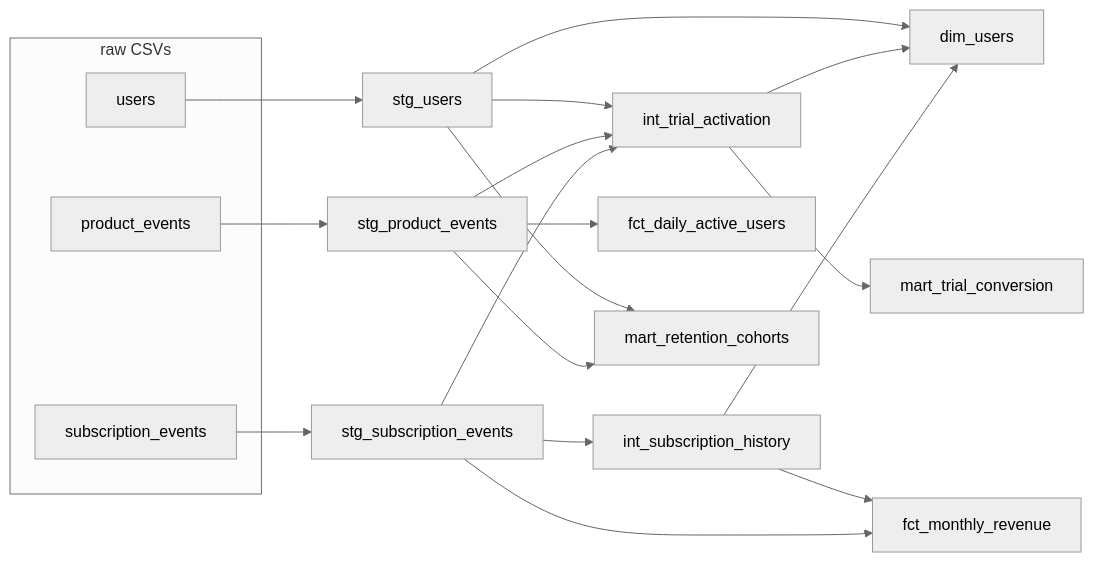
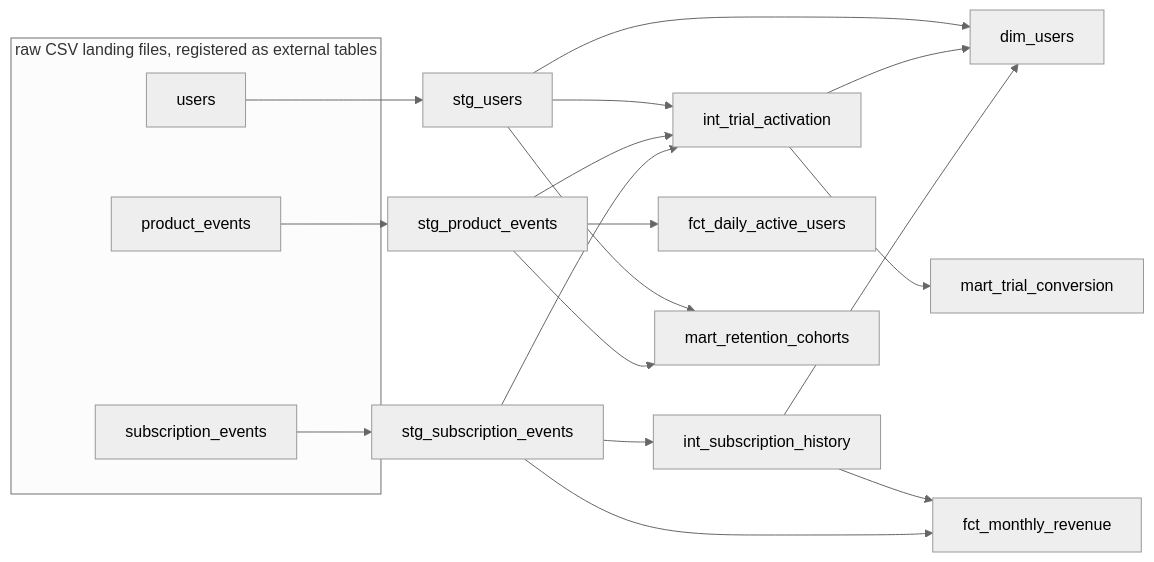
The diagram in README.md (Jayjc29/subscription-analytics-dbt), drawn with Mermaid (neutral theme) before and after one commit. The commit also changed other lines of this file and 10 other files, not shown here.

````diff
--- a/README.md
+++ b/README.md
@@ -13,24 +14,24 @@
 ```mermaid
 flowchart LR
-    subgraph raw [raw CSVs]
+    subgraph raw [raw CSV landing files, registered as external tables]
         u[users]
         s[subscription_events]
         p[product_events]
     end
     u --> stg_users
     s --> stg_subscription_events
     p --> stg_product_events
     stg_subscription_events --> int_subscription_history
     stg_users --> int_trial_activation
     stg_product_events --> int_trial_activation
     stg_subscription_events --> int_trial_activation
     stg_users --> dim_users
     int_trial_activation --> dim_users
     int_subscription_history --> dim_users
     stg_product_events --> fct_daily_active_users
     int_subscription_history --> fct_monthly_revenue
     stg_subscription_events --> fct_monthly_revenue
     stg_users --> mart_retention_cohorts
     stg_product_events --> mart_retention_cohorts
     int_trial_activation --> mart_trial_conversion
 ```
````
